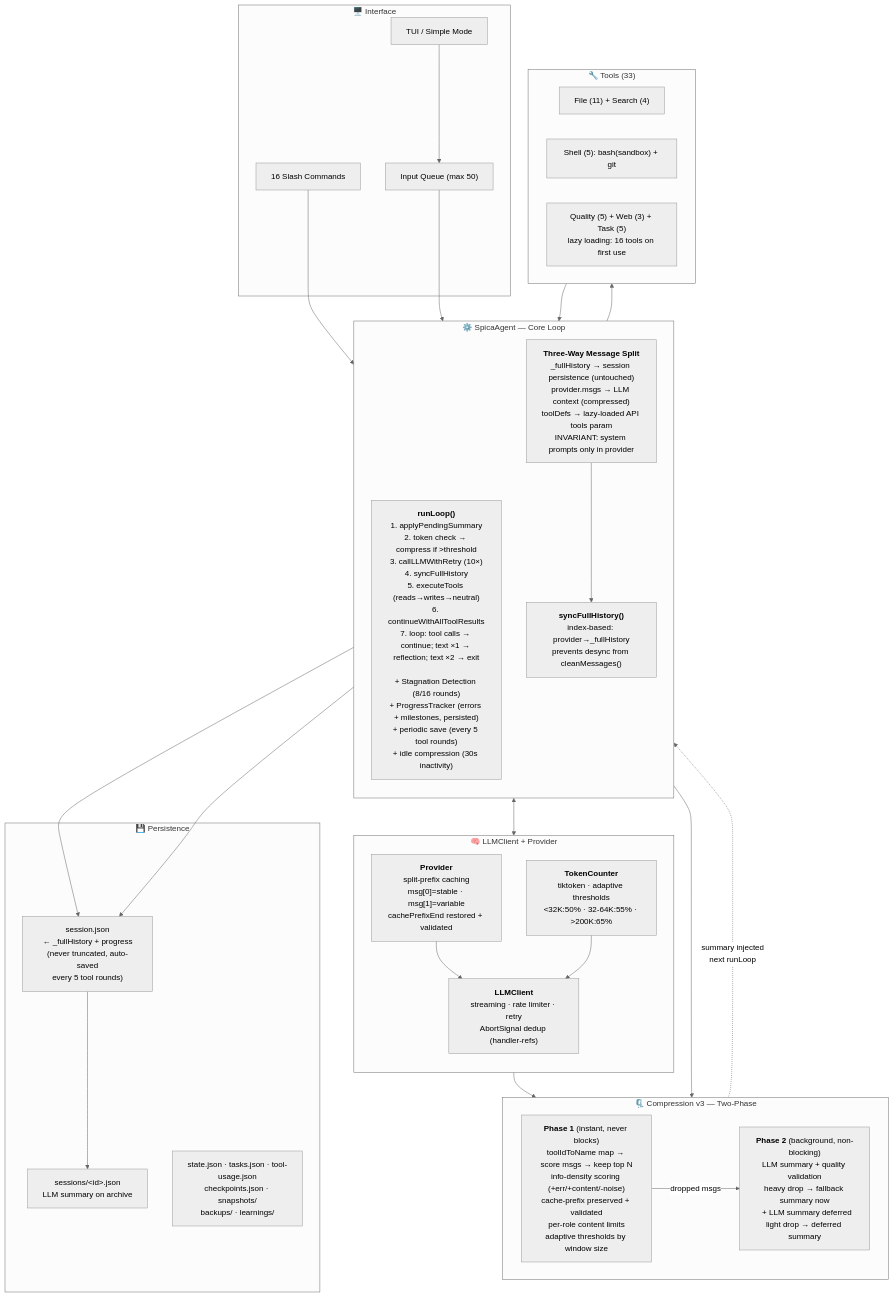
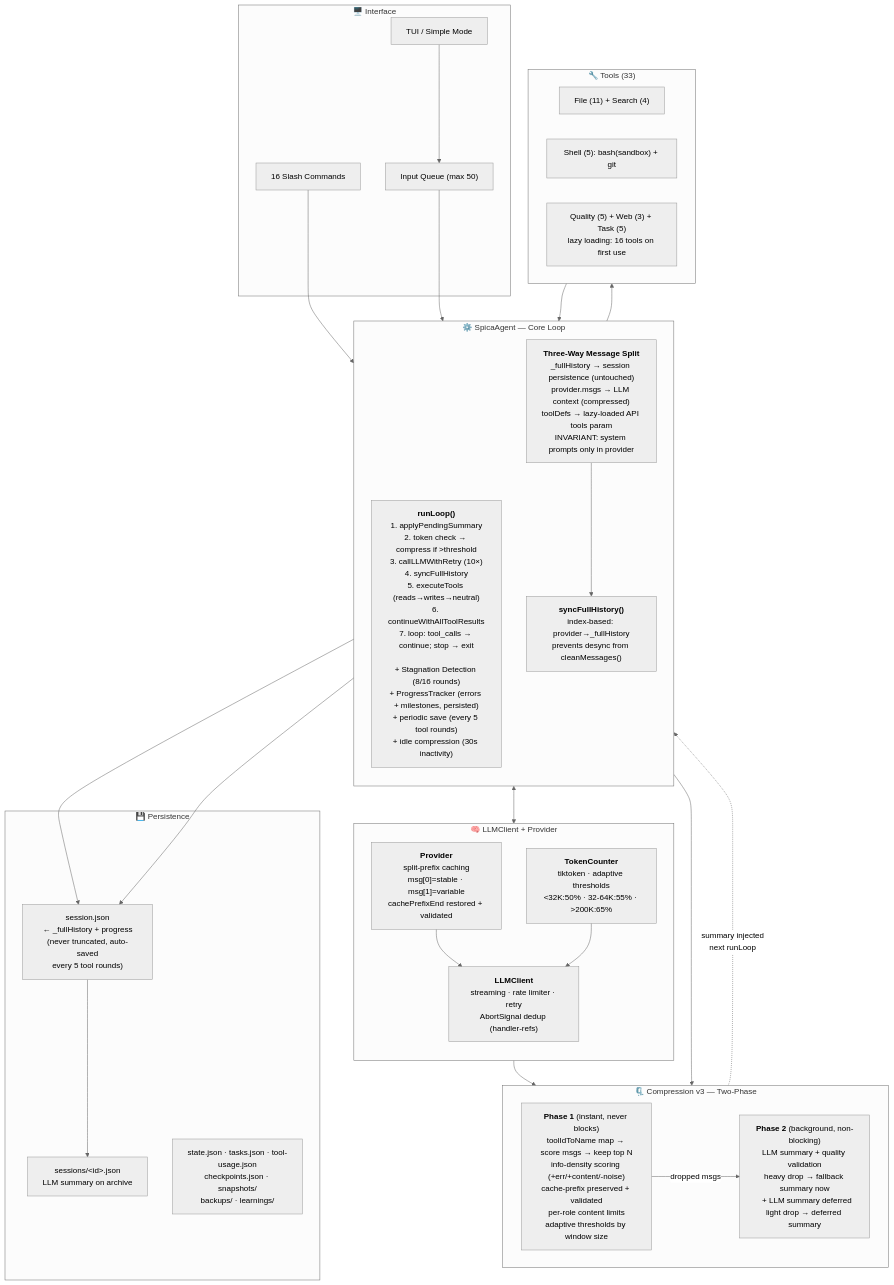
The diagram in docs/architecture-simplified.mermaid (linnin233/spica-cli), drawn with Mermaid (neutral theme) before and after one commit. The commit also changed 4 other files, not shown here.

First line of the commit message:
fix(agent): respect finish_reason=stop, remove all completion hacks

```diff
--- a/docs/architecture-simplified.mermaid
+++ b/docs/architecture-simplified.mermaid
@@ -1,65 +1,65 @@
 graph TB
     %% ═══════════════════════════════════════════════════════
     %% spica-cli Architecture — Simplified Version
     %% Focus: core data flows, key invariants, compression lifecycle
     %% Updated 2026-06-14 after audit (27 issues resolved: timeouts removed, streaming fixed, todo display fixed, finished-based completion removed)
     %% ═══════════════════════════════════════════════════════
 
     subgraph UI["🖥️ Interface"]
         TUI["TUI / Simple Mode"]
         CMD["16 Slash Commands"]
         IQ["Input Queue (max 50)"]
     end
 
     subgraph AGENT["⚙️ SpicaAgent — Core Loop"]
         direction TB
-        LOOP["<b>runLoop()</b><br/>1. applyPendingSummary<br/>2. token check → compress if >threshold<br/>3. callLLMWithRetry (10×)<br/>4. syncFullHistory<br/>5. executeTools (reads→writes→neutral)<br/>6. continueWithAllToolResults<br/>7. loop: tool calls → continue; text ×1 → reflection; text ×2 → exit<br/><br/>+ Stagnation Detection (8/16 rounds)<br/>+ ProgressTracker (errors + milestones, persisted)<br/>+ periodic save (every 5 tool rounds)<br/>+ idle compression (30s inactivity)"]
+        LOOP["<b>runLoop()</b><br/>1. applyPendingSummary<br/>2. token check → compress if >threshold<br/>3. callLLMWithRetry (10×)<br/>4. syncFullHistory<br/>5. executeTools (reads→writes→neutral)<br/>6. continueWithAllToolResults<br/>7. loop: tool_calls → continue; stop → exit<br/><br/>+ Stagnation Detection (8/16 rounds)<br/>+ ProgressTracker (errors + milestones, persisted)<br/>+ periodic save (every 5 tool rounds)<br/>+ idle compression (30s inactivity)"]
         MSG["<b>Three-Way Message Split</b><br/>_fullHistory → session persistence (untouched)<br/>provider.msgs → LLM context (compressed)<br/>toolDefs → lazy-loaded API tools param<br/>INVARIANT: system prompts only in provider"]
         SYNC["<b>syncFullHistory()</b><br/>index-based: provider→_fullHistory<br/>prevents desync from cleanMessages()"]
     end
 
     subgraph COMPRESS["🗜️ Compression v3 — Two-Phase"]
         direction LR
         P1["<b>Phase 1</b> (instant, never blocks)<br/>toolIdToName map → score msgs → keep top N<br/>info-density scoring (+err/+content/-noise)<br/>cache-prefix preserved + validated<br/>per-role content limits<br/>adaptive thresholds by window size"]
         P2["<b>Phase 2</b> (background, non-blocking)<br/>LLM summary + quality validation<br/>heavy drop → fallback summary now<br/>  + LLM summary deferred<br/>light drop → deferred summary"]
         P1 -->|"dropped msgs"| P2
         P2 -.->|"summary injected<br/>next runLoop"| LOOP
     end
 
     subgraph LLM["🧠 LLMClient + Provider"]
         direction TB
         CLIENT["<b>LLMClient</b><br/>streaming · rate limiter · retry<br/>AbortSignal dedup (handler-refs)"]
         PROV["<b>Provider</b><br/>split-prefix caching<br/>msg[0]=stable · msg[1]=variable<br/>cachePrefixEnd restored + validated"]
         TOKEN["<b>TokenCounter</b><br/>tiktoken · adaptive thresholds<br/><32K:50% · 32-64K:55% · >200K:65%"]
     end
 
     subgraph TOOLS["🔧 Tools (33)"]
         FILE["File (11) + Search (4)"]
         SHELL["Shell (5): bash(sandbox) + git"]
         QA["Quality (5) + Web (3) + Task (5)<br/>lazy loading: 16 tools on first use"]
     end
 
     subgraph STORAGE["💾 Persistence"]
         ACTIVE["session.json<br/>← _fullHistory + progress<br/>(never truncated, auto-saved<br/>every 5 tool rounds)"]
         HIST["sessions/&lt;id&gt;.json<br/>LLM summary on archive"]
         OTHER["state.json · tasks.json · tool-usage.json<br/>checkpoints.json · snapshots/<br/>backups/ · learnings/"]
     end
 
     %% Edges
     TUI --> IQ
     CMD --> LOOP
     IQ --> LOOP
 
     LOOP <--> CLIENT
     PROV --> CLIENT
     TOKEN --> CLIENT
     LOOP --> P1
     TOKEN --> P1
 
     LOOP --> TOOLS
     TOOLS --> LOOP
 
     MSG --> SYNC
     SYNC --> ACTIVE
     LOOP --> ACTIVE
     ACTIVE --> HIST
```
